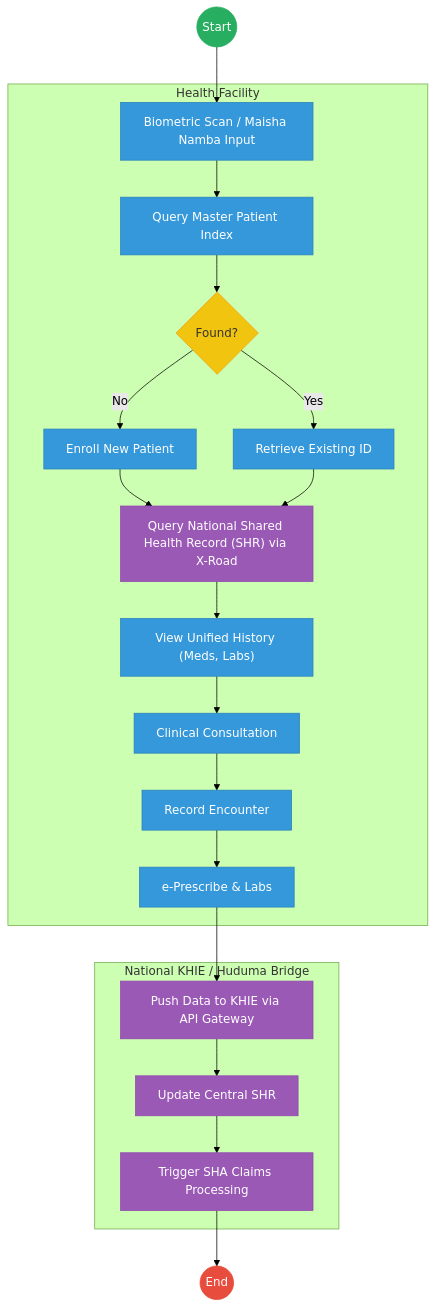
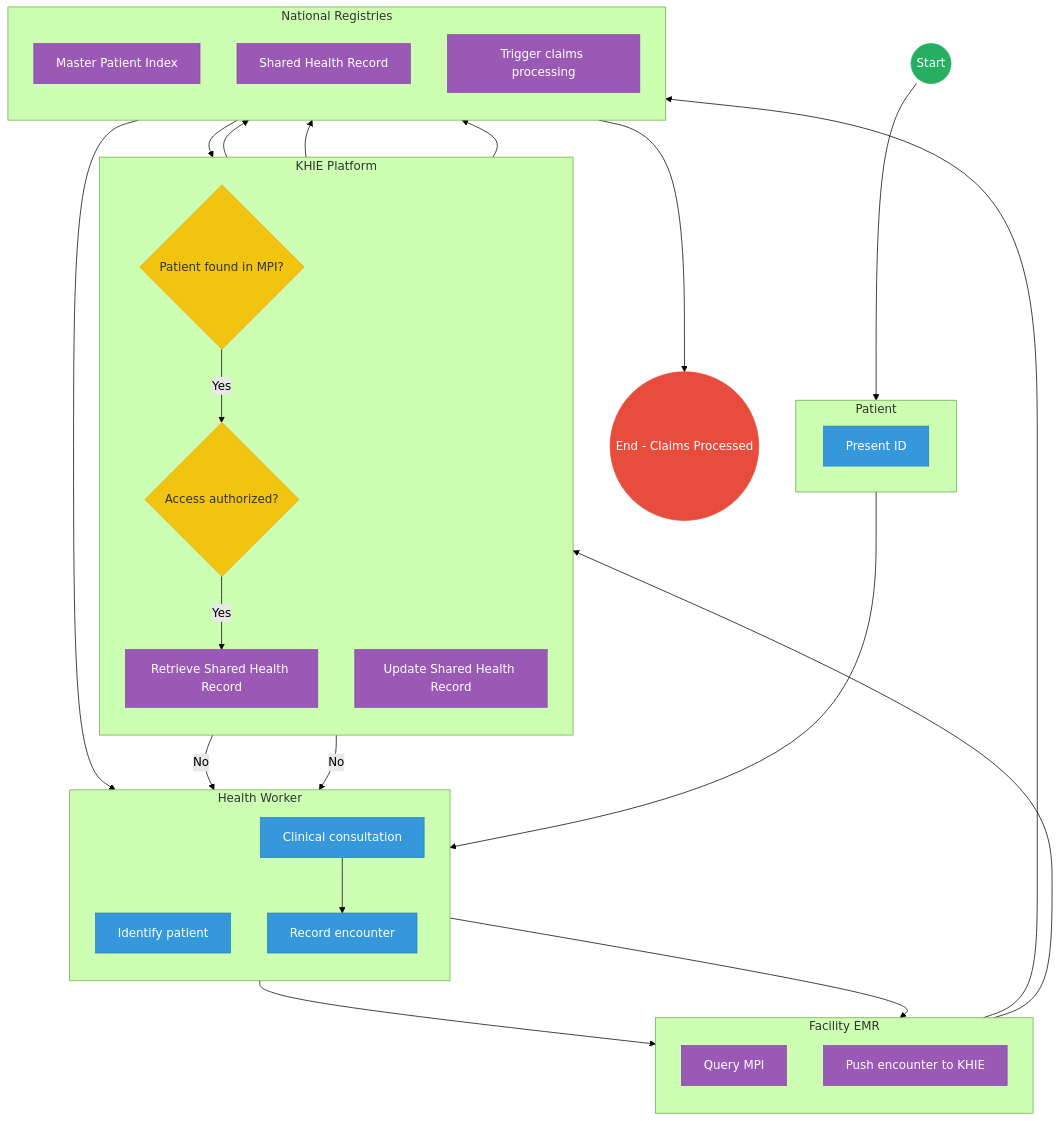
Before and after one commit to BITZ-IT-Consulting-LTD/ictapoc: the second of 2 diagrams in mdas/docs_final/priority_mdas/Ministry_of_Health___Service_Delivery.md, drawn with Mermaid (forest theme). The commit also changed other lines of this file and 109 other files, not shown here.

````diff
--- a/mdas/docs_final/priority_mdas/Ministry_of_Health___Service_Delivery.md
+++ b/mdas/docs_final/priority_mdas/Ministry_of_Health___Service_Delivery.md
@@ -104,36 +144,75 @@
 ```mermaid
-graph TD
-    Start((Start)) --> Scan["Biometric Scan / Maisha Namba Input"]
+flowchart TD
+    %% Events
+    Start((Start))
+    EndProcess((End - Claims Processed))
+
+    subgraph Patient [Patient]
+        direction LR
+        PresentID[Present ID]
+    end
+
+    subgraph HealthWorker [Health Worker]
+        direction TB
+        IdPat[Identify patient]
+        Consult[Clinical consultation]
+        RecEnc[Record encounter]
+    end
+
+    subgraph FacEMR [Facility EMR]
+        direction TB
+        QueryMPIReq[Query MPI]
+        PushKHIE[Push encounter to KHIE]
+    end
+
+    subgraph KHIE [KHIE Platform]
+        direction TB
+        MPIGateway{Patient found in MPI?}
+        AuthGateway{Access authorized?}
+        RetSHR[Retrieve Shared Health Record]
+        UpdateSHR[Update Shared Health Record]
+    end
+
+    subgraph NatReg [National Registries]
+        direction TB
+        QueryMPI[Master Patient Index]
+        SHR[Shared Health Record]
+        Claims[Trigger claims processing]
+    end
+
+    %% Flow connections
+    Start --> PresentID
+    PresentID --> IdPat
+    IdPat --> QueryMPIReq
+    QueryMPIReq --> QueryMPI
+    QueryMPI --> MPIGateway
     
-    subgraph Point_Of_Care [Health Facility]
-        Scan --> QueryReg["Query Master Patient Index"]
-        QueryReg --> Found{"Found?"}
-        Found -- "No" --> Enroll["Enroll New Patient"]
-        Found -- "Yes" --> Retrieve["Retrieve Existing ID"]
-        Enroll --> QuerySHR
-        Retrieve --> QuerySHR["Query National Shared Health Record (SHR) via X-Road"]
-        QuerySHR --> ViewHist["View Unified History (Meds, Labs)"]
-        ViewHist --> Consult["Clinical Consultation"]
-        Consult --> Encounter["Record Encounter"]
-        Encounter --> eRx["e-Prescribe & Labs"]
-    end
+    MPIGateway -- "No" --> IdPat
+    MPIGateway -- "Yes" --> AuthGateway
     
-    subgraph Core_KHIE [National KHIE / Huduma Bridge]
-        eRx --> Push["Push Data to KHIE via API Gateway"]
-        Push --> Update["Update Central SHR"]
-        Update --> Claims["Trigger SHA Claims Processing"]
-    end
+    AuthGateway -- "No" --> IdPat
+    AuthGateway -- "Yes" --> RetSHR
     
-    Claims --> End((End))
+    RetSHR --> SHR
+    SHR --> Consult
+    Consult --> RecEnc
+    RecEnc --> PushKHIE
+    PushKHIE --> UpdateSHR
+    UpdateSHR --> SHR
+    UpdateSHR --> Claims
+    
+    Claims --> EndProcess
 
-    classDef start fill:#27ae60,stroke:#27ae60,color:#fff;
-    classDef endNode fill:#e74c3c,stroke:#e74c3c,color:#fff;
+    %% Styling
+    classDef startEvent fill:#27ae60,stroke:#27ae60,color:#fff;
+    classDef endEvent fill:#e74c3c,stroke:#e74c3c,color:#fff;
     classDef userTask fill:#3498db,stroke:#2980b9,color:#fff;
     classDef serviceTask fill:#9b59b6,stroke:#8e44ad,color:#fff;
     classDef gateway fill:#f1c40f,stroke:#f39c12,color:#333;
-    class Start start;
-    class End endNode;
-    class Found gateway;
-    class Scan,QueryReg,Enroll,Retrieve,ViewHist,Consult,Encounter,eRx userTask;
-    class QuerySHR,Push,Update,Claims serviceTask;
+    
+    class Start startEvent;
+    class EndProcess endEvent;
+    class MPIGateway,AuthGateway gateway;
+    class QueryMPIReq,PushKHIE,RetSHR,UpdateSHR,QueryMPI,SHR,Claims serviceTask;
+    class PresentID,IdPat,Consult,RecEnc userTask;
 ```
````
